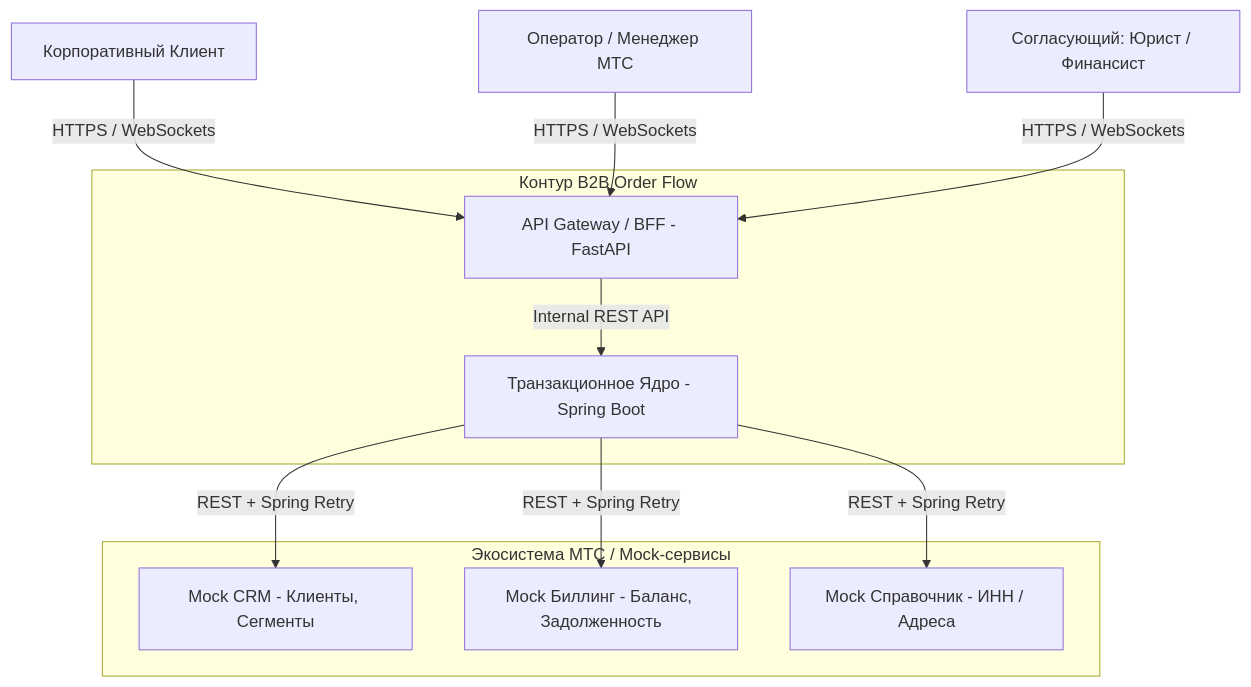
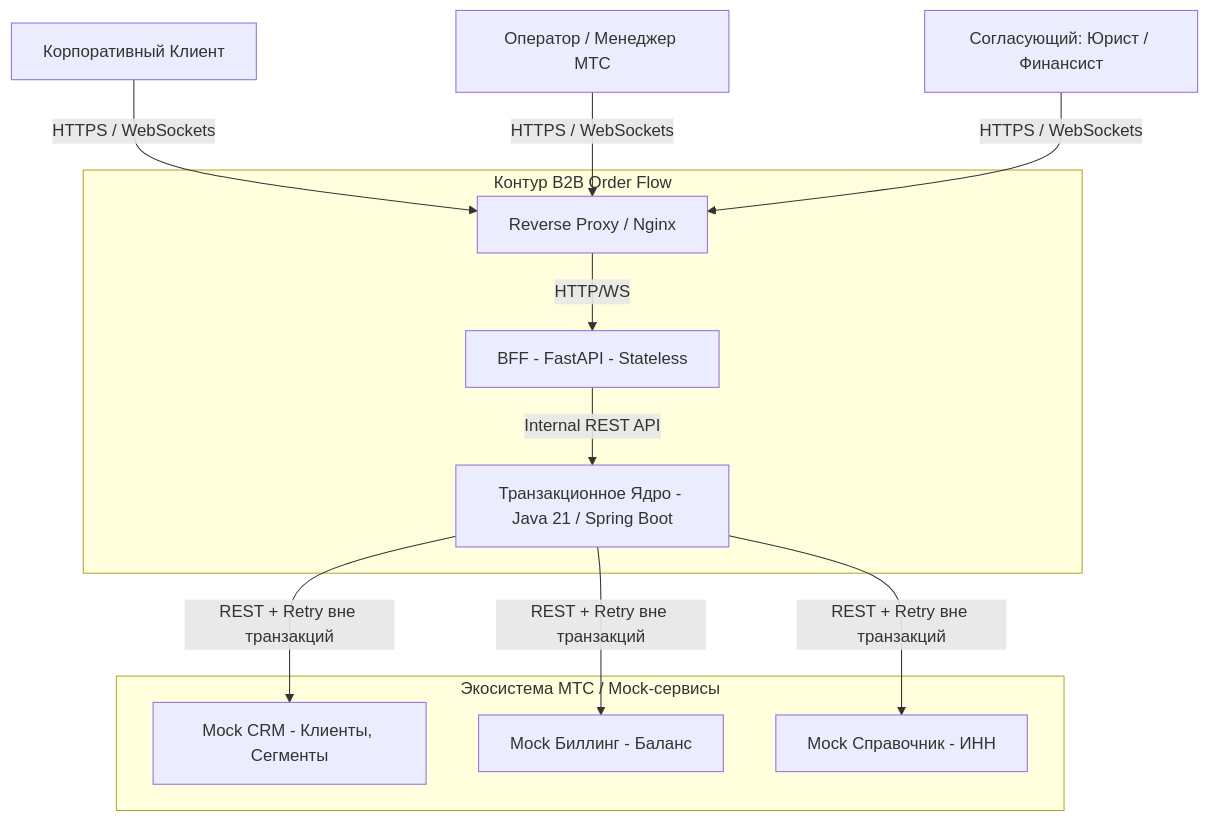
Before and after one commit to B2B-Order-Flow/B2B-Order-Flow: the first of 2 diagrams in docs/architecture/system-design.md, drawn with Mermaid. The commit also changed other lines of this file and 2 other files, not shown here.

````diff
--- a/docs/architecture/system-design.md
+++ b/docs/architecture/system-design.md
@@ -12,31 +11,32 @@
 ```mermaid
 graph TD
     %% Акторы
     Client[Корпоративный Клиент]
     Op[Оператор / Менеджер МТС]
     Legal[Согласующий: Юрист / Финансист]
 
     %% Наша система
     subgraph B2B_Order_Flow [Контур B2B Order Flow]
-        BFF[API Gateway / BFF - FastAPI]
-        CORE[Транзакционное Ядро - Spring Boot]
+        Nginx[Reverse Proxy / Nginx]
+        BFF[BFF - FastAPI - Stateless]
+        CORE[Транзакционное Ядро - Java 21 / Spring Boot]
     end
 
     %% Внешние сервисы (Mocks)
     subgraph External_Mocks [Экосистема МТС / Mock-сервисы]
         CRM[Mock CRM - Клиенты, Сегменты]
-        Billing[Mock Биллинг - Баланс, Задолженность]
-        Ref[Mock Справочник - ИНН / Адреса]
+        Billing[Mock Биллинг - Баланс]
+        Ref[Mock Справочник - ИНН]
     end
 
     %% Связи
-    Client -->|HTTPS / WebSockets| BFF
-    Op -->|HTTPS / WebSockets| BFF
-    Legal -->|HTTPS / WebSockets| BFF
+    Client -->|HTTPS / WebSockets| Nginx
+    Op -->|HTTPS / WebSockets| Nginx
+    Legal -->|HTTPS / WebSockets| Nginx
 
+    Nginx -->|HTTP/WS| BFF
     BFF -->|Internal REST API| CORE
-    CORE -->|REST + Spring Retry| CRM
-    CORE -->|REST + Spring Retry| Billing
-    CORE -->|REST + Spring Retry| Ref
-
+    CORE -->|REST + Retry вне транзакций| CRM
+    CORE -->|REST + Retry вне транзакций| Billing
+    CORE -->|REST + Retry вне транзакций| Ref
 ```
````
